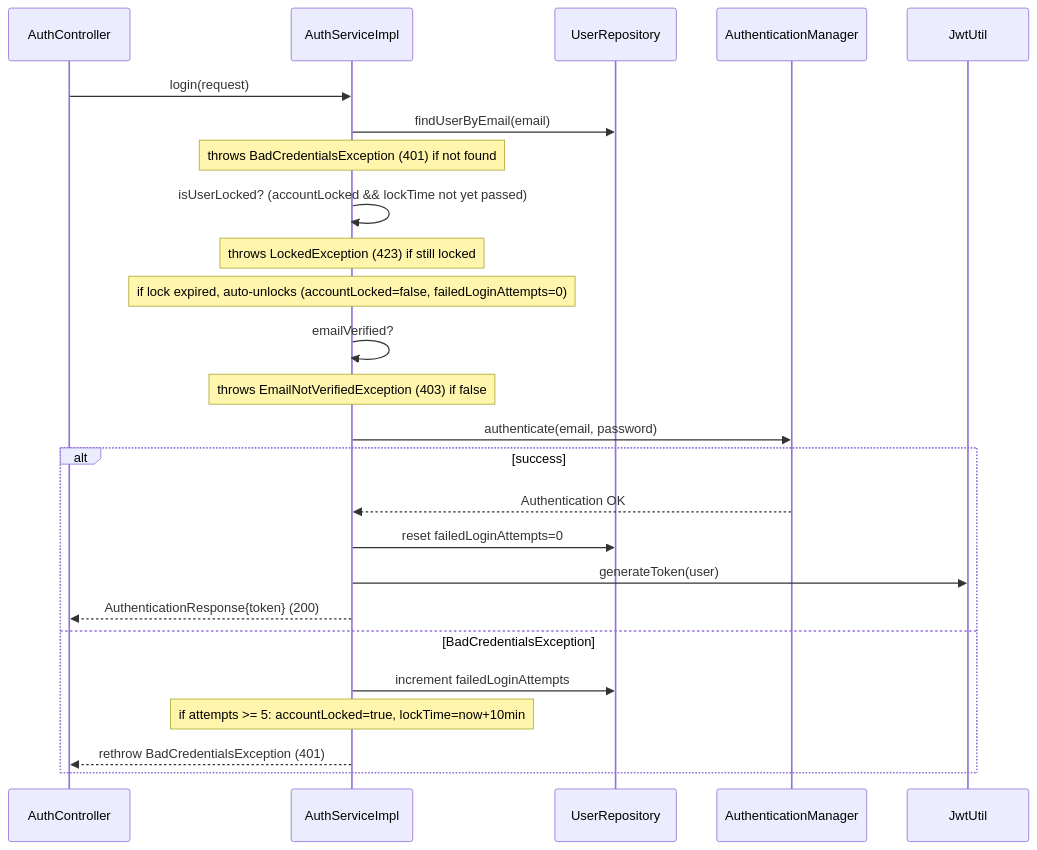
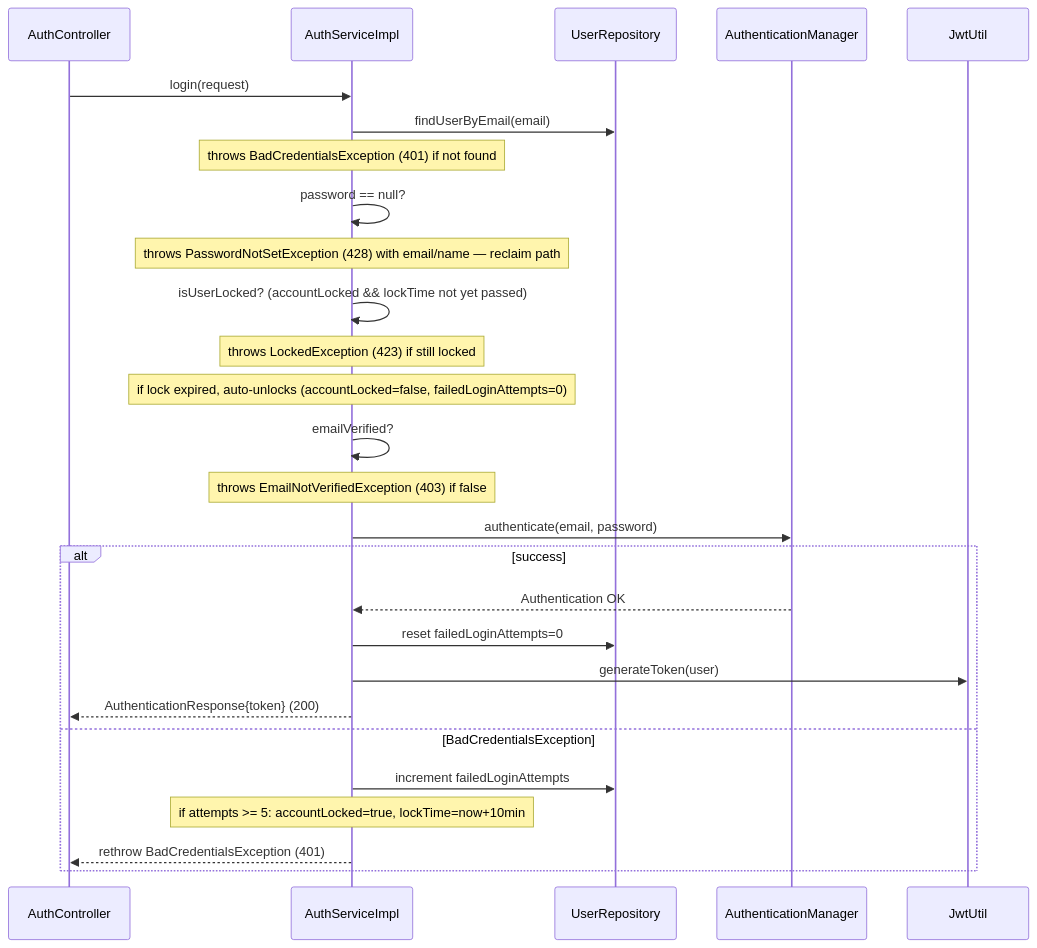
One commit to prospect-tool-relay4u-eu/relay4u-auth-service-be changed the second of 4 diagrams in documentation/endpoints/auth.md. Above: the diagram before and after it, drawn with Mermaid. The commit also changed other lines of this file and 3 other files, not shown here.

````diff
--- a/documentation/endpoints/auth.md
+++ b/documentation/endpoints/auth.md
@@ -41,28 +58,30 @@
 ```mermaid
 sequenceDiagram
     participant C as AuthController
     participant S as AuthServiceImpl
     participant R as UserRepository
     participant AM as AuthenticationManager
     participant J as JwtUtil
 
     C->>S: login(request)
     S->>R: findUserByEmail(email)
     Note over S: throws BadCredentialsException (401) if not found
+    S->>S: password == null?
+    Note over S: throws PasswordNotSetException (428) with email/name — reclaim path
     S->>S: isUserLocked? (accountLocked && lockTime not yet passed)
     Note over S: throws LockedException (423) if still locked
     Note over S: if lock expired, auto-unlocks (accountLocked=false, failedLoginAttempts=0)
     S->>S: emailVerified?
     Note over S: throws EmailNotVerifiedException (403) if false
     S->>AM: authenticate(email, password)
     alt success
         AM-->>S: Authentication OK
         S->>R: reset failedLoginAttempts=0
         S->>J: generateToken(user)
         S-->>C: AuthenticationResponse{token} (200)
     else BadCredentialsException
         S->>R: increment failedLoginAttempts
         Note over S: if attempts >= 5: accountLocked=true, lockTime=now+10min
         S-->>C: rethrow BadCredentialsException (401)
     end
 ```
````
